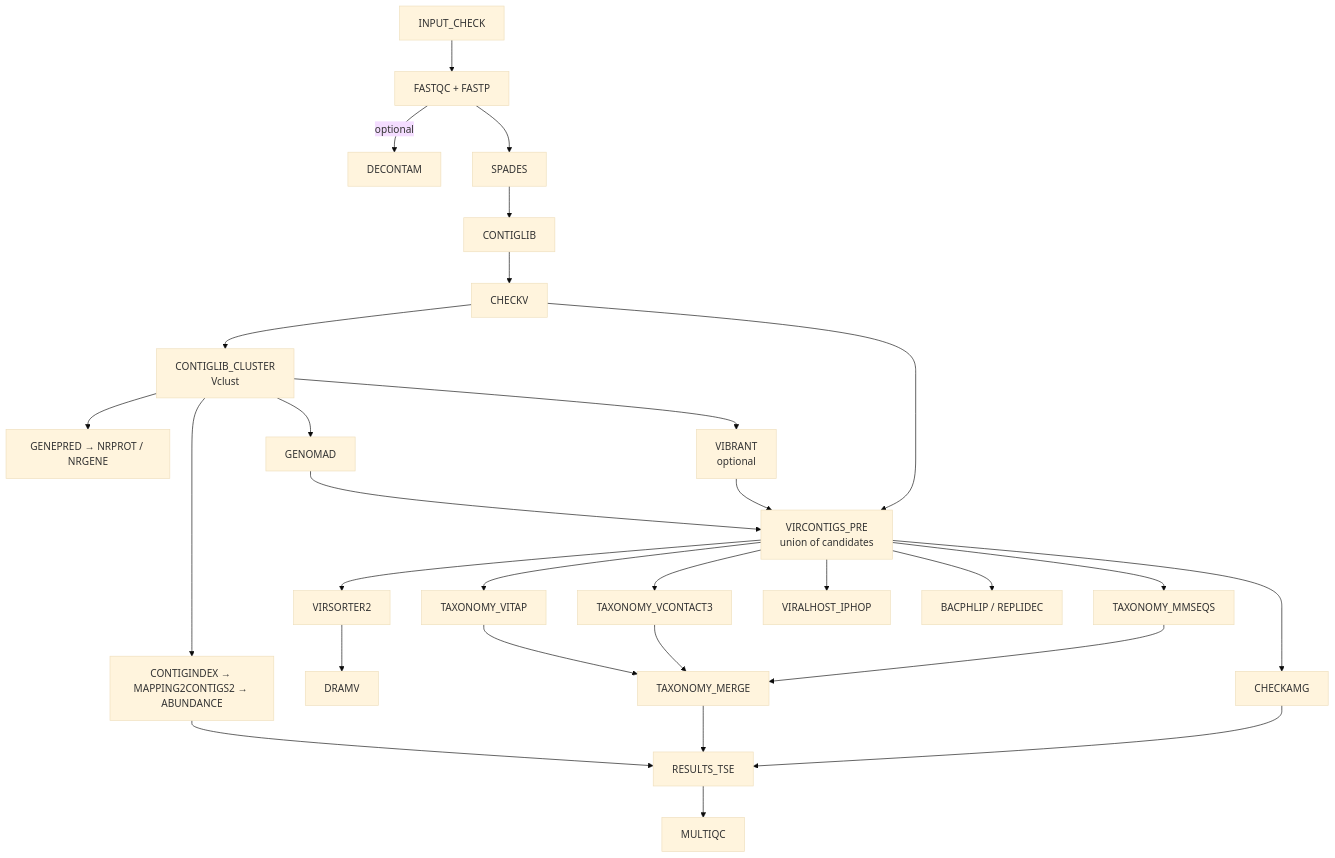
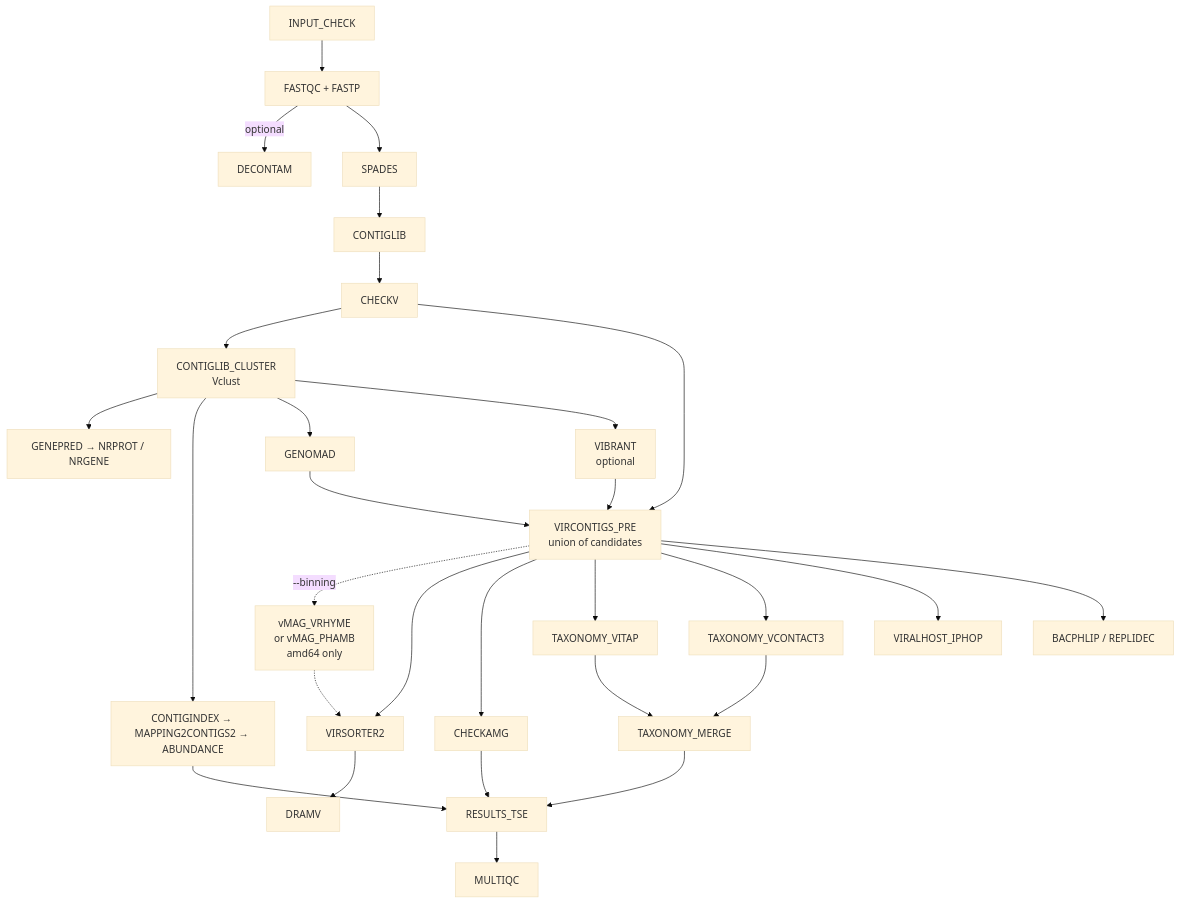
The diagram in docs/HANDOFF.md (rujinlong/viroprofiler), drawn with Mermaid (base theme) before and after one commit. The commit also changed other lines of this file and 10 other files, not shown here.

````diff
--- a/docs/HANDOFF.md
+++ b/docs/HANDOFF.md
@@ -23,31 +24,31 @@
 ```mermaid
 flowchart TD
     IN[INPUT_CHECK] --> QC[FASTQC + FASTP]
     QC -->|optional| DEC[DECONTAM]
     QC --> ASM[SPADES]
     ASM --> CL[CONTIGLIB]
     CL --> CV[CHECKV]
     CV --> CLU[CONTIGLIB_CLUSTER<br/>Vclust]
     CLU --> GENES[GENEPRED → NRPROT / NRGENE]
     CLU --> AB[CONTIGINDEX → MAPPING2CONTIGS2 → ABUNDANCE]
     CLU --> GN[GENOMAD]
     CLU --> VB[VIBRANT<br/>optional]
     GN --> VP[VIRCONTIGS_PRE<br/>union of candidates]
     VB --> VP
     CV --> VP
+    VP -.->|--binning| BIN[vMAG_VRHYME<br/>or vMAG_PHAMB<br/>amd64 only]
     VP --> VS2[VIRSORTER2]
+    BIN -.-> VS2
     VS2 --> DRAMV[DRAMV]
     VP --> CAMG[CHECKAMG]
     VP --> TX1[TAXONOMY_VITAP]
     VP --> TX2[TAXONOMY_VCONTACT3]
-    VP --> TX3[TAXONOMY_MMSEQS]
     TX1 --> TM[TAXONOMY_MERGE]
     TX2 --> TM
-    TX3 --> TM
     VP --> HOST[VIRALHOST_IPHOP]
     VP --> LIFE[BACPHLIP / REPLIDEC]
     AB --> TSE[RESULTS_TSE]
     TM --> TSE
     CAMG --> TSE
     TSE --> MQ[MULTIQC]
 ```
````
